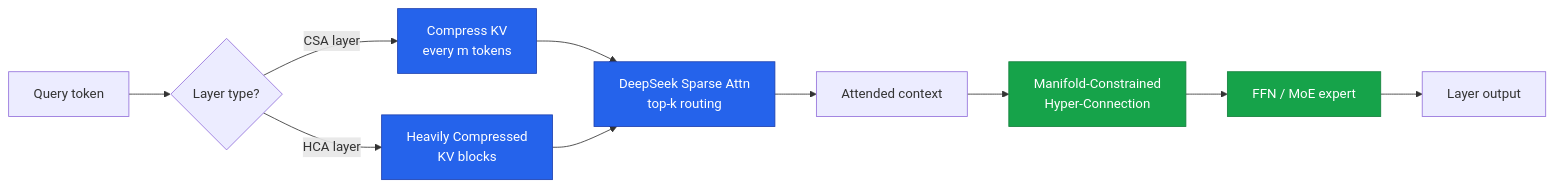
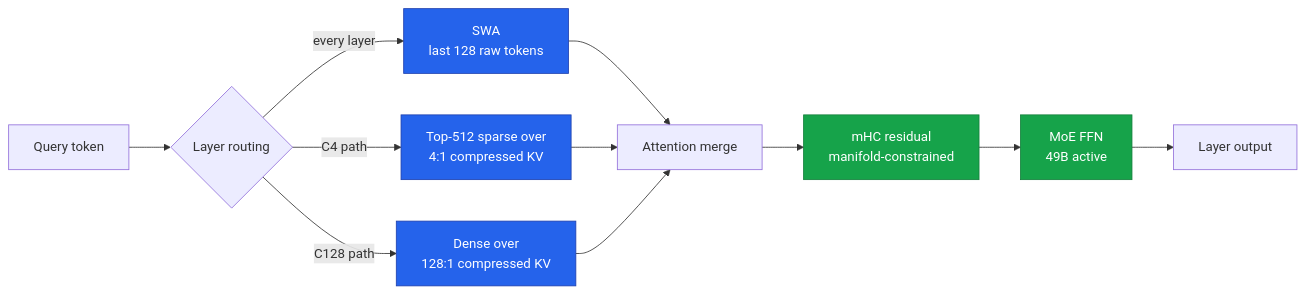
The first of 6 diagrams in 2026-Apr-30/2026-Apr-30_LLM_updates.md (voyarchie/llm-updates), drawn with Mermaid before and after one commit. The commit also changed other lines of this file and 2 other files, not shown here.

````diff
--- a/2026-Apr-30/2026-Apr-30_LLM_updates.md
+++ b/2026-Apr-30/2026-Apr-30_LLM_updates.md
@@ -83,16 +79,17 @@
 ```mermaid
 flowchart LR
-    Q[Query token] --> SA{Layer type?}
-    SA -->|CSA layer| C1[Compress KV<br/>every m tokens]
-    C1 --> DSA[DeepSeek Sparse Attn<br/>top-k routing]
-    SA -->|HCA layer| C2[Heavily Compressed<br/>KV blocks]
-    C2 --> DSA
-    DSA --> R[Attended context]
-    R --> mHC[Manifold-Constrained<br/>Hyper-Connection]
-    mHC --> FFN[FFN / MoE expert]
-    FFN --> Out[Layer output]
+    Q[Query token] --> L{Layer routing}
+    L -->|every layer| SWA[SWA<br/>last 128 raw tokens]
+    L -->|C4 path| C4[Top-512 sparse over<br/>4:1 compressed KV]
+    L -->|C128 path| C128[Dense over<br/>128:1 compressed KV]
+    SWA --> Merge[Attention merge]
+    C4 --> Merge
+    C128 --> Merge
+    Merge --> mHC[mHC residual<br/>manifold-constrained]
+    mHC --> MoE[MoE FFN<br/>49B active]
+    MoE --> Out[Layer output]
     classDef hot fill:#2563eb,stroke:#1e40af,color:#fff
     classDef cool fill:#16a34a,stroke:#15803d,color:#fff
-    class C1,C2,DSA hot
-    class mHC,FFN cool
+    class C4,C128,SWA hot
+    class mHC,MoE cool
 ```
````
